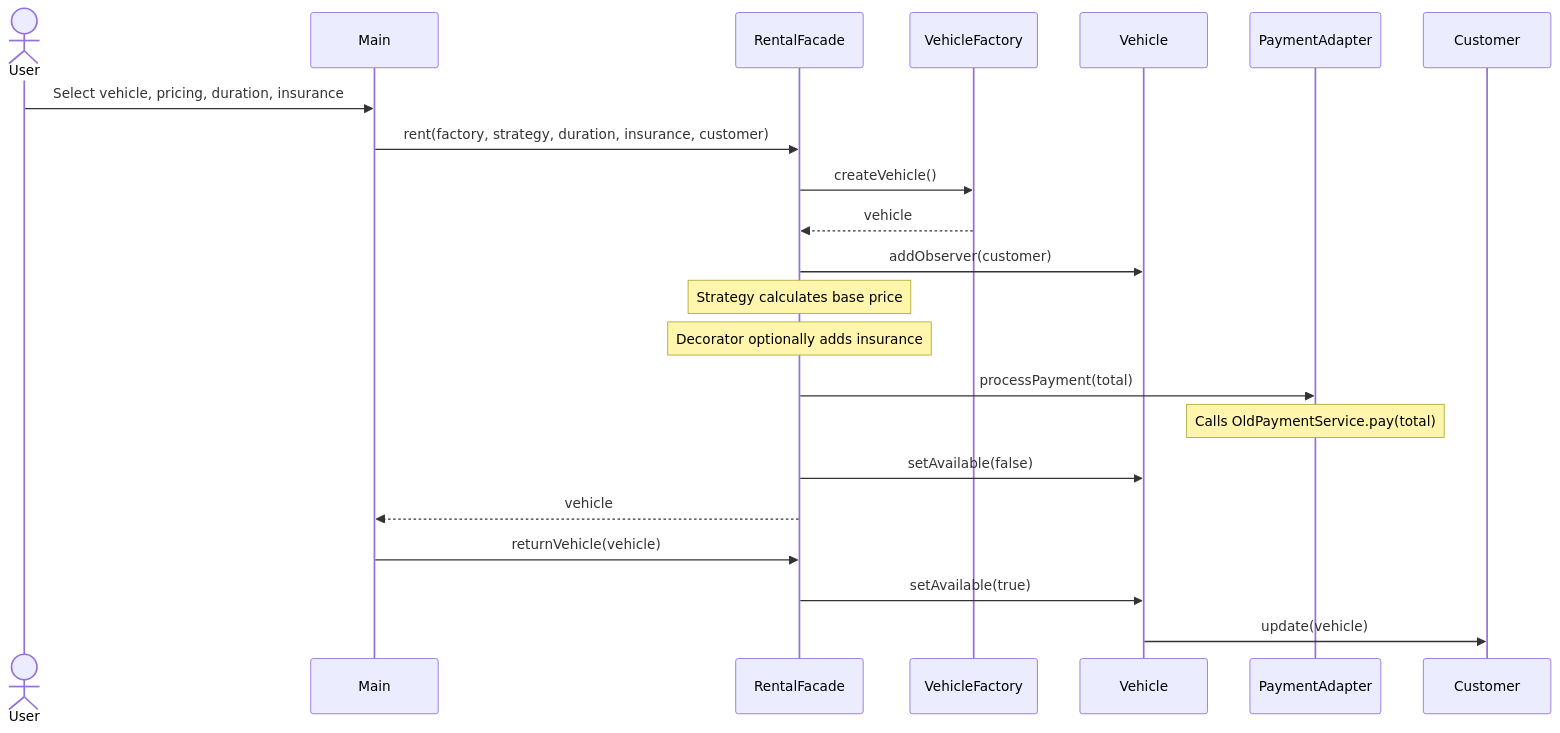
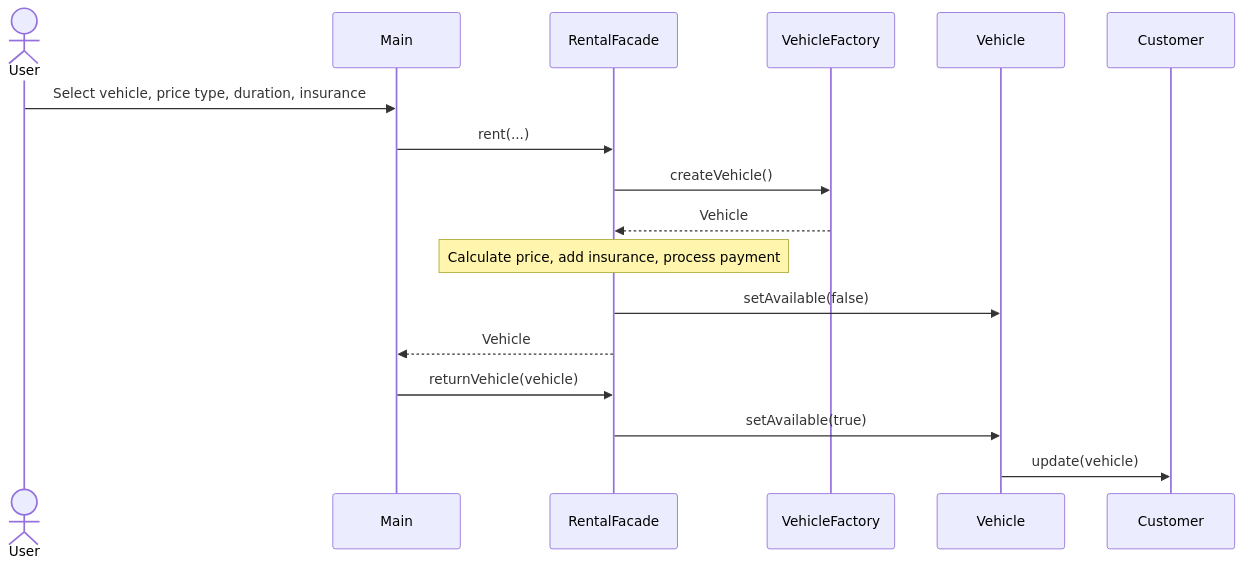
Before and after one commit to Nurgissa17/Vehicle-Rental-Service: the second of 2 diagrams in README.md, drawn with Mermaid. The commit also changed other lines of this file, not shown here.

````diff
--- a/README.md
+++ b/README.md
@@ -138,25 +83,20 @@
 ```mermaid
 sequenceDiagram
     actor User
     participant Main
-    participant Facade as RentalFacade
-    participant Factory as VehicleFactory
+    participant RentalFacade
+    participant VehicleFactory
     participant Vehicle
-    participant Payment as PaymentAdapter
     participant Customer
 
-    User->>Main: Select vehicle, pricing, duration, insurance
-    Main->>Facade: rent(factory, strategy, duration, insurance, customer)
-    Facade->>Factory: createVehicle()
-    Factory-->>Facade: vehicle
-    Facade->>Vehicle: addObserver(customer)
-    Note over Facade: Strategy calculates base price
-    Note over Facade: Decorator optionally adds insurance
-    Facade->>Payment: processPayment(total)
-    Note over Payment: Calls OldPaymentService.pay(total)
-    Facade->>Vehicle: setAvailable(false)
-    Facade-->>Main: vehicle
-    Main->>Facade: returnVehicle(vehicle)
-    Facade->>Vehicle: setAvailable(true)
+    User->>Main: Select vehicle, price type, duration, insurance
+    Main->>RentalFacade: rent(...)
+    RentalFacade->>VehicleFactory: createVehicle()
+    VehicleFactory-->>RentalFacade: Vehicle
+    Note over RentalFacade: Calculate price, add insurance, process payment
+    RentalFacade->>Vehicle: setAvailable(false)
+    RentalFacade-->>Main: Vehicle
+    Main->>RentalFacade: returnVehicle(vehicle)
+    RentalFacade->>Vehicle: setAvailable(true)
     Vehicle->>Customer: update(vehicle)
 ```
````
